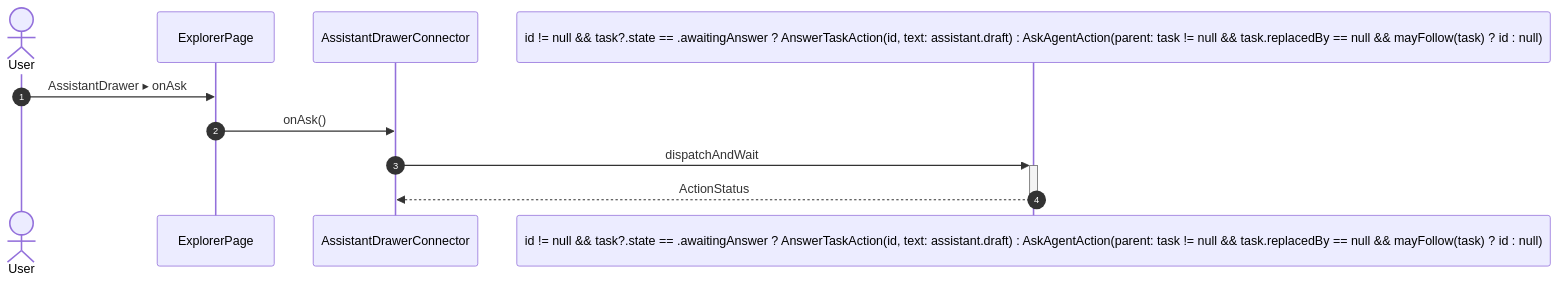
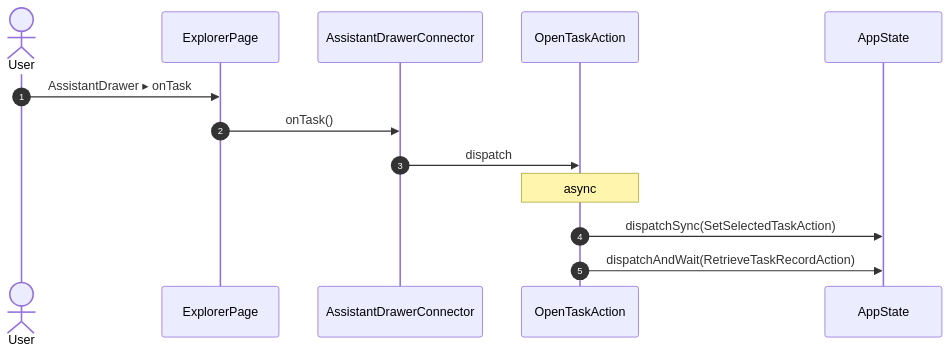
Before and after one commit to gencto/wyrm: diagram 53 of 55 in studio/docs/flows/explorer.md, drawn with Mermaid. The commit also changed other lines of this file and 94 other files, not shown here.

First line of the commit message:
studio: assistant: typed wire, words in ui, one action per intent

````diff
--- a/studio/docs/flows/explorer.md
+++ b/studio/docs/flows/explorer.md
@@ -1098,13 +997,16 @@
 ```mermaid
 sequenceDiagram
     autonumber
     actor User
     participant UI as ExplorerPage
     participant R1 as AssistantDrawerConnector
-    participant A1 as id != null && task?.state == .awaitingAnswer ? AnswerTaskAction(id, text: assistant.draft) : AskAgentAction(parent: task != null && task.replacedBy == null && mayFollow(task) ? id : null)
+    participant A1 as OpenTaskAction
+    participant ST as AppState
 
-    User->>UI: AssistantDrawer ▸ onAsk
-    UI->>R1: onAsk()
-    R1->>+A1: dispatchAndWait
-    A1-->>-R1: ActionStatus
+    User->>UI: AssistantDrawer ▸ onTask
+    UI->>R1: onTask()
+    R1->>A1: dispatch
+    Note over A1: async
+    A1->>ST: dispatchSync(SetSelectedTaskAction)
+    A1->>ST: dispatchAndWait(RetrieveTaskRecordAction)
 ```
````
